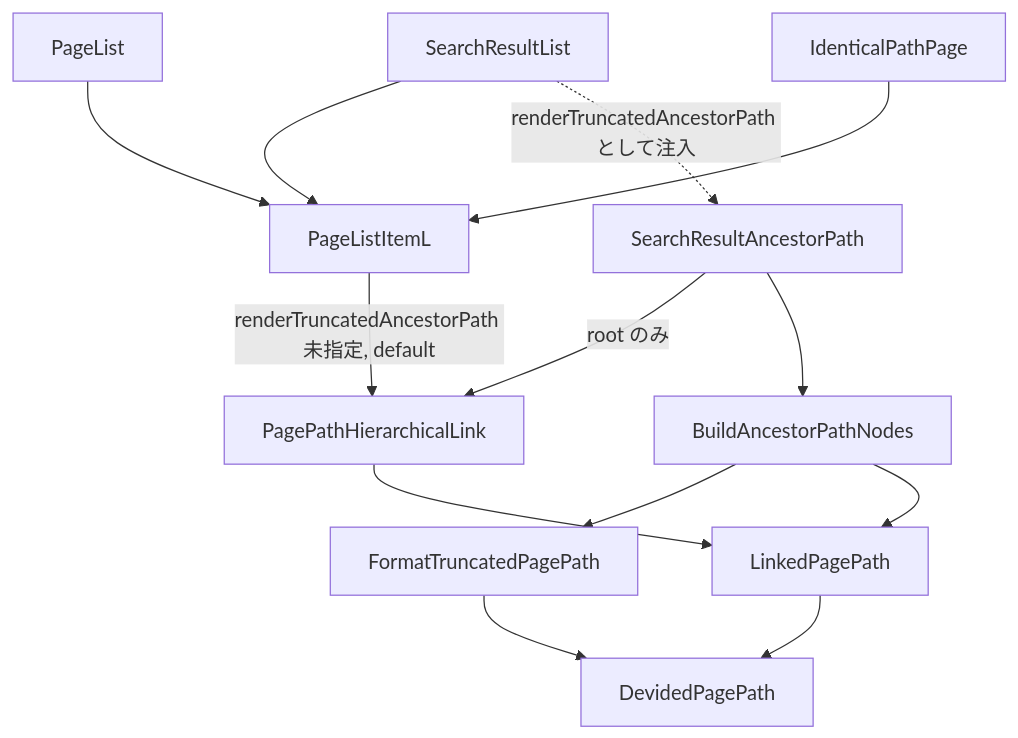
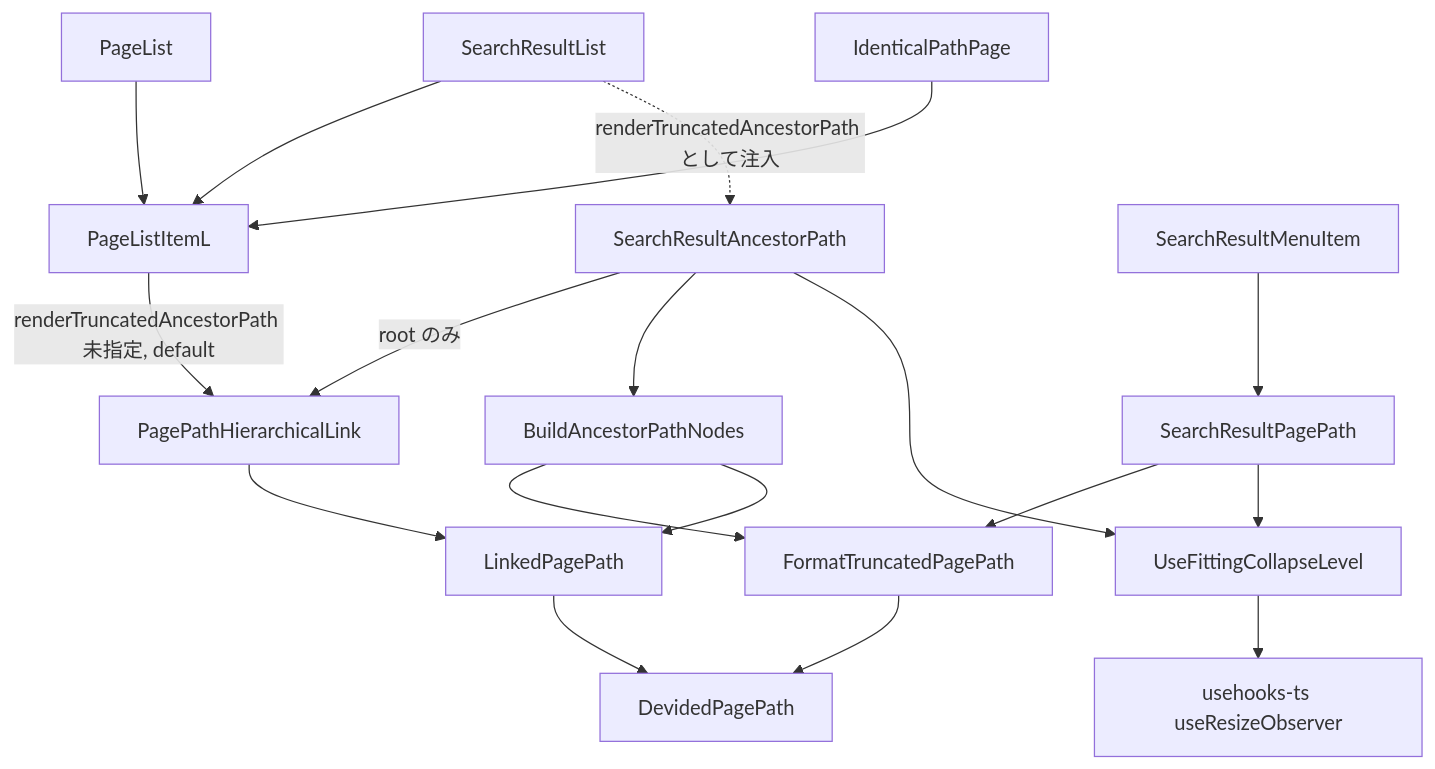
Before and after one commit to growilabs/growi: the first of 3 diagrams in .kiro/specs/page-path-truncation/design.md, drawn with Mermaid. The commit also changed other lines of this file and 6 other files, not shown here.

First line of the commit message:
docs(page-path-truncation): revise spec to unify path truncation notation

````diff
--- a/.kiro/specs/page-path-truncation/design.md
+++ b/.kiro/specs/page-path-truncation/design.md
@@ -66,18 +75,24 @@
 ```mermaid
 graph TB
     SearchResultList --> PageListItemL
     PageList --> PageListItemL
     IdenticalPathPage --> PageListItemL
 
     PageListItemL -->|renderTruncatedAncestorPath 未指定, default| PagePathHierarchicalLink
     SearchResultList -.->|renderTruncatedAncestorPath として注入| SearchResultAncestorPath
     SearchResultAncestorPath -->|root のみ| PagePathHierarchicalLink
 
     SearchResultAncestorPath --> BuildAncestorPathNodes
     BuildAncestorPathNodes --> FormatTruncatedPagePath
     BuildAncestorPathNodes --> LinkedPagePath
     PagePathHierarchicalLink --> LinkedPagePath
 
     FormatTruncatedPagePath --> DevidedPagePath
     LinkedPagePath --> DevidedPagePath
+
+    SearchResultMenuItem --> SearchResultPagePath
+    SearchResultPagePath --> FormatTruncatedPagePath
+    SearchResultPagePath --> UseFittingCollapseLevel
+    SearchResultAncestorPath --> UseFittingCollapseLevel
+    UseFittingCollapseLevel --> UseResizeObserver[usehooks-ts useResizeObserver]
 ```
````
